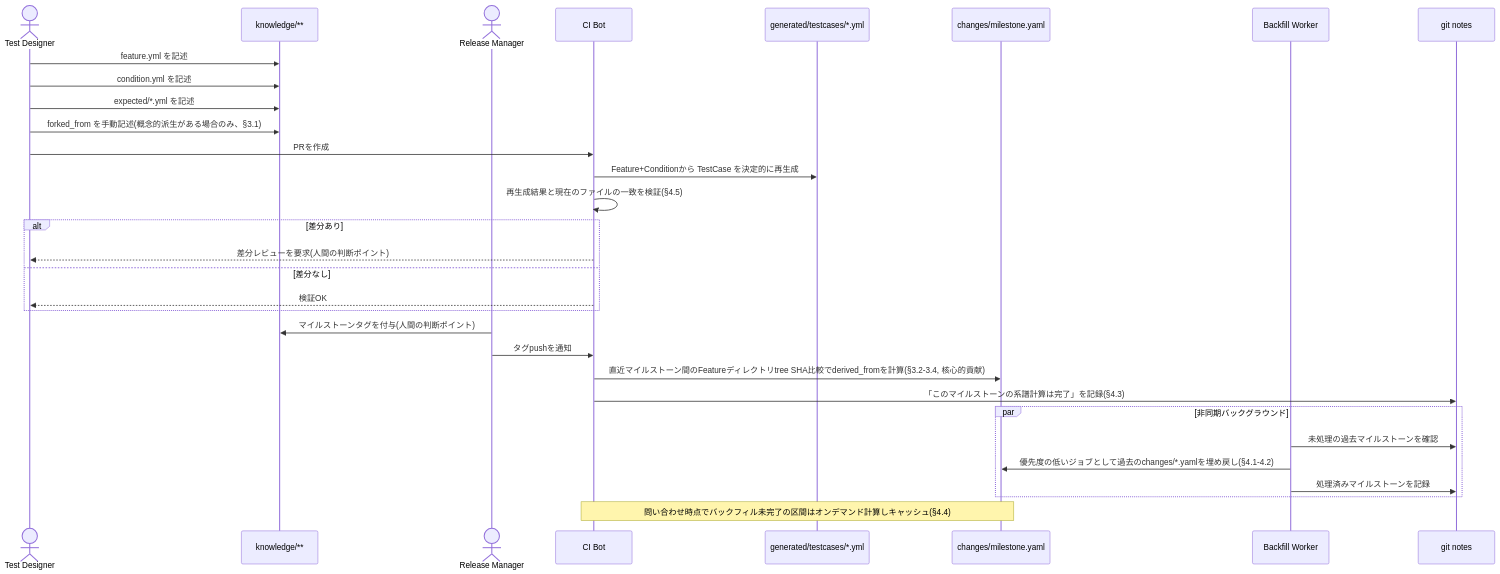
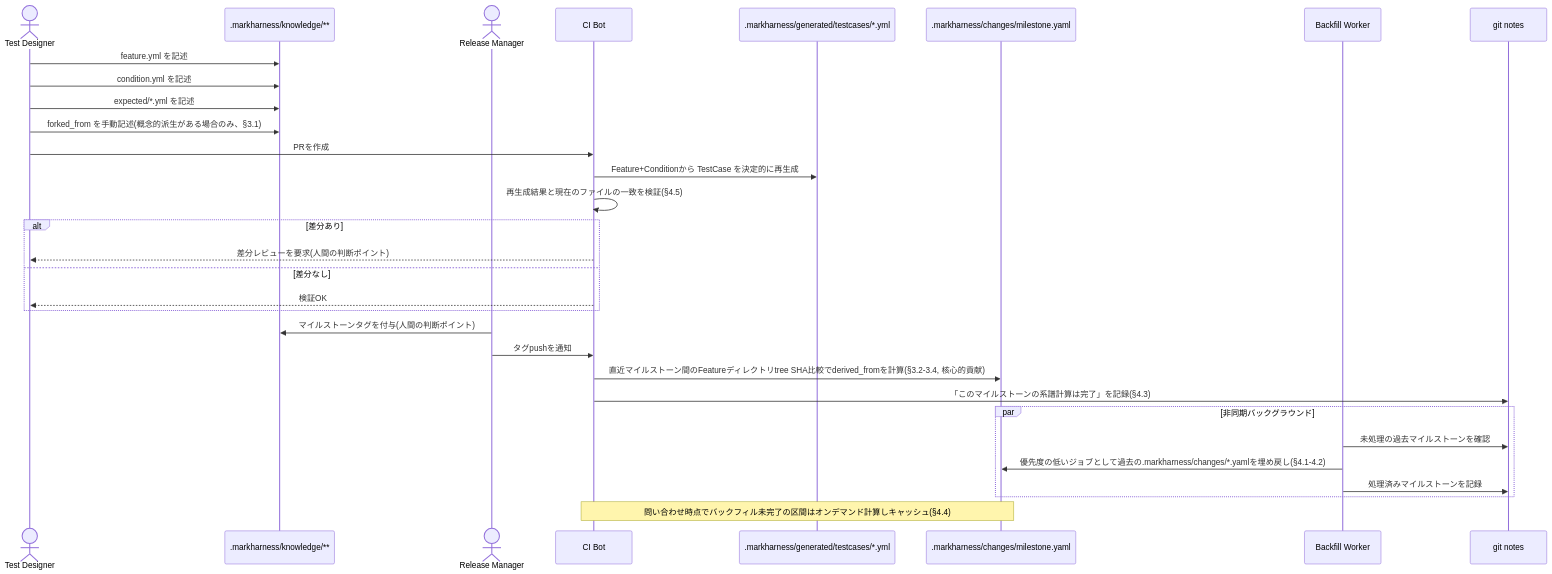
One commit to markharness/markharness changed the first of 2 diagrams in docs/ja/product-operation.md. Above: the diagram before and after it, drawn with Mermaid. The commit also changed other lines of this file and 51 other files, not shown here.

````diff
--- a/docs/ja/product-operation.md
+++ b/docs/ja/product-operation.md
@@ -12,39 +12,39 @@
 ```mermaid
 sequenceDiagram
     actor TD as Test Designer
-    participant KN as knowledge/**
+    participant KN as .markharness/knowledge/**
     actor RM as Release Manager
     participant CI as CI Bot
-    participant GEN as generated/testcases/*.yml
-    participant CH as changes/milestone.yaml
+    participant GEN as .markharness/generated/testcases/*.yml
+    participant CH as .markharness/changes/milestone.yaml
     participant BF as Backfill Worker
     participant NOTES as git notes
 
     TD->>KN: feature.yml を記述
     TD->>KN: condition.yml を記述
     TD->>KN: expected/*.yml を記述
     TD->>KN: forked_from を手動記述(概念的派生がある場合のみ、§3.1)
     TD->>CI: PRを作成
 
     CI->>GEN: Feature+Conditionから TestCase を決定的に再生成
     CI->>CI: 再生成結果と現在のファイルの一致を検証(§4.5)
     alt 差分あり
         CI-->>TD: 差分レビューを要求(人間の判断ポイント)
     else 差分なし
         CI-->>TD: 検証OK
     end
 
     RM->>KN: マイルストーンタグを付与(人間の判断ポイント)
     RM->>CI: タグpushを通知
 
     CI->>CH: 直近マイルストーン間のFeatureディレクトリtree SHA比較でderived_fromを計算(§3.2-3.4, 核心的貢献)
     CI->>NOTES: 「このマイルストーンの系譜計算は完了」を記録(§4.3)
 
     par 非同期バックグラウンド
         BF->>NOTES: 未処理の過去マイルストーンを確認
-        BF->>CH: 優先度の低いジョブとして過去のchanges/*.yamlを埋め戻し(§4.1-4.2)
+        BF->>CH: 優先度の低いジョブとして過去の.markharness/changes/*.yamlを埋め戻し(§4.1-4.2)
         BF->>NOTES: 処理済みマイルストーンを記録
     end
 
     Note over CI,CH: 問い合わせ時点でバックフィル未完了の区間はオンデマンド計算しキャッシュ(§4.4)
 ```
````
